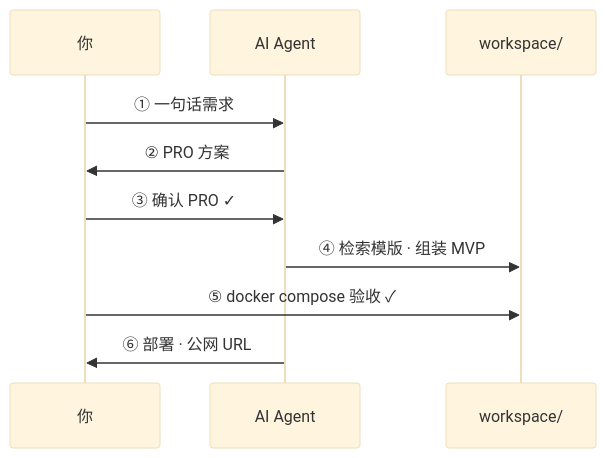
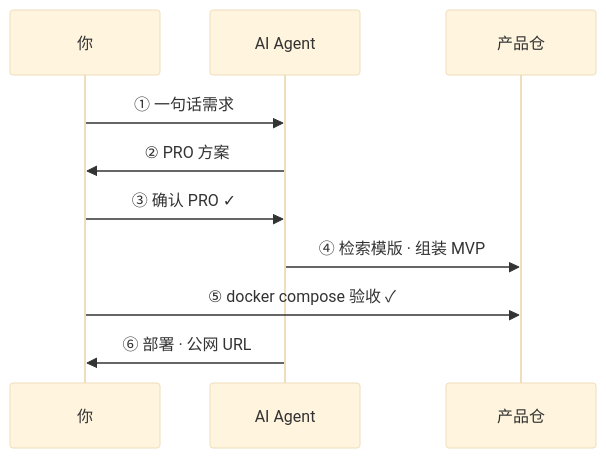
The diagram in docs/getting-started.zh-CN.md (LJTian/maker-flow), drawn with Mermaid (base theme) before and after one commit. The commit also changed other lines of this file and 55 other files, not shown here.

````diff
--- a/docs/getting-started.zh-CN.md
+++ b/docs/getting-started.zh-CN.md
@@ -31,13 +31,13 @@
 ```mermaid
 sequenceDiagram
     participant U as 你
     participant A as AI Agent
-    participant W as workspace/
+    participant P as 产品仓
 
     U->>A: ① 一句话需求
     A->>U: ② PRO 方案
     U->>A: ③ 确认 PRO ✓
-    A->>W: ④ 检索模版 · 组装 MVP
-    U->>W: ⑤ docker compose 验收 ✓
+    A->>P: ④ 检索模版 · 组装 MVP
+    U->>P: ⑤ docker compose 验收 ✓
     A->>U: ⑥ 部署 · 公网 URL
 ```
````
